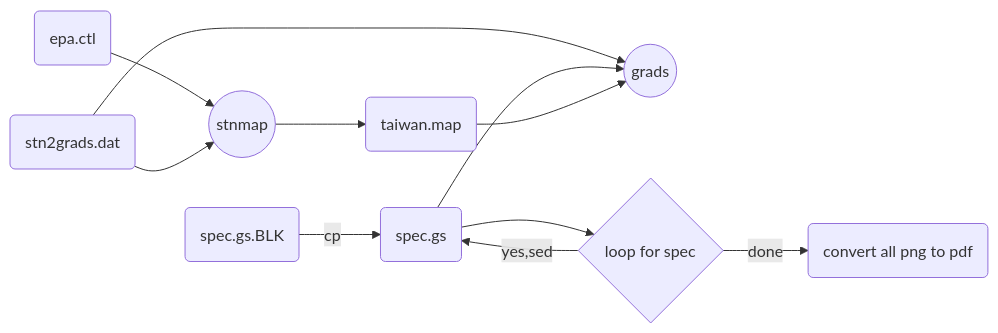
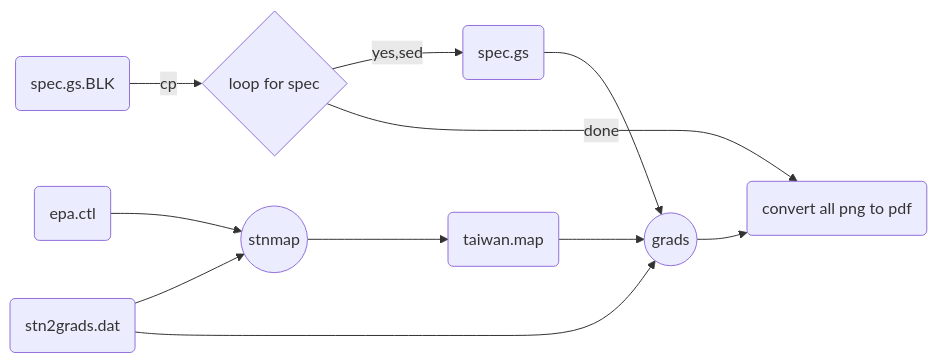
The third of 3 diagrams in _posts/2022-07-21-ovm2grads.md (sinotec2/FAQ), drawn with Mermaid before and after one commit.

````diff
--- a/_posts/2022-07-21-ovm2grads.md
+++ b/_posts/2022-07-21-ovm2grads.md
@@ -51,13 +51,13 @@
 ```mermaid
 graph LR
     G(epa.ctl) --> H((stnmap))
     C(stn2grads.dat) --> H
     H --> I(taiwan.map)
     C --> E((grads))
-    A(spec.gs.BLK) -- cp --> B(spec.gs)
-    B --> D{loop for spec}
-    D -- yes,sed --> B
+    A(spec.gs.BLK) -- cp --> D{loop for spec}
+    D -- yes,sed --> B(spec.gs)
     B --> E((grads))
     I --> E((grads))
     D -- done --> F(convert all png to pdf)
+    E --> F
 ```
````
